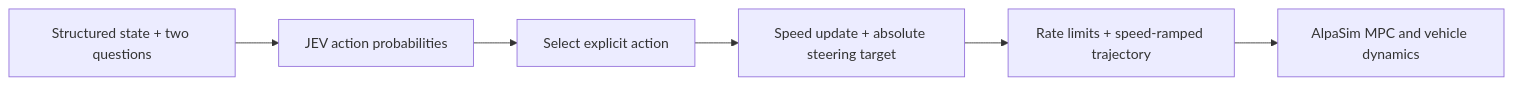
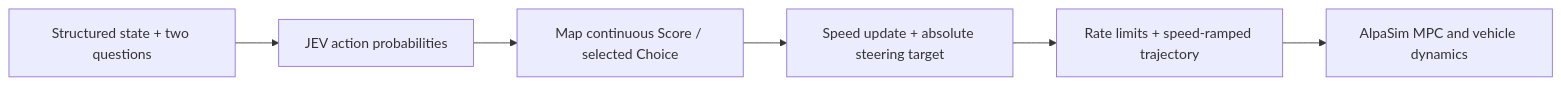
The diagram in docs/jev-control.md (CATS-Lab/JEV-Drive), drawn with Mermaid before and after one commit. The commit also changed other lines of this file and 9 other files, not shown here.

Commit message:
Use continuous returned Score for speed and absolute steering

````diff
--- a/docs/jev-control.md
+++ b/docs/jev-control.md
@@ -7,8 +7,8 @@
 ```mermaid
 flowchart LR
     A[Structured state + two questions] --> B[JEV action probabilities]
-    B --> C[Select explicit action]
+    B --> C[Map continuous Score / selected Choice]
     C --> D[Speed update + absolute steering target]
     D --> E[Rate limits + speed-ramped trajectory]
     E --> F[AlpaSim MPC and vehicle dynamics]
 ```
````
